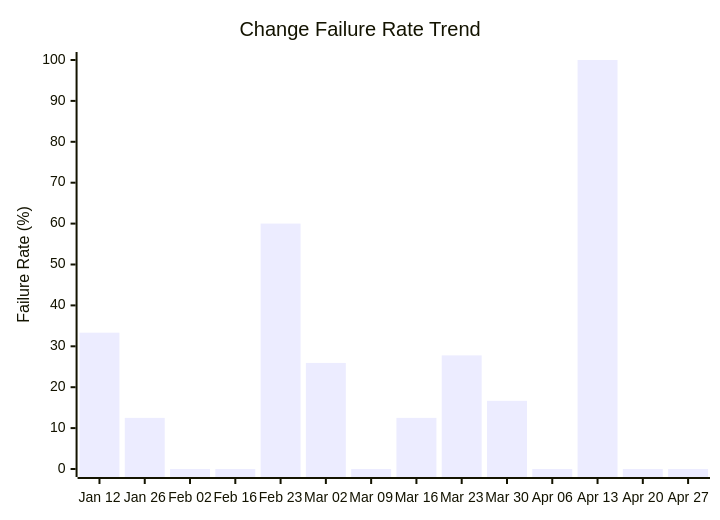
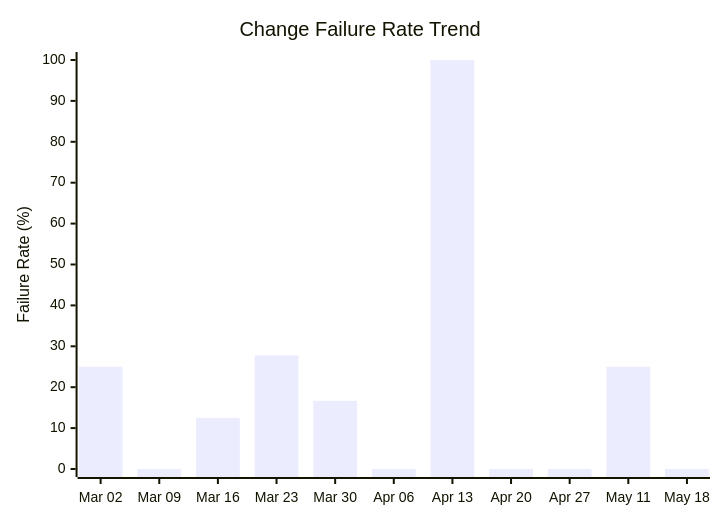
The fourth of 4 diagrams in docs/ci-cd/dora-summary.md (ukma-cs-ssdm-2025/rate-ukma), drawn with Mermaid before and after one commit. The commit also changed other lines of this file, not shown here.

````diff
--- a/docs/ci-cd/dora-summary.md
+++ b/docs/ci-cd/dora-summary.md
@@ -68,7 +70,7 @@
 ```mermaid
 xychart-beta
     title "Change Failure Rate Trend"
-    x-axis ["Jan 12", "Jan 26", "Feb 02", "Feb 16", "Feb 23", "Mar 02", "Mar 09", "Mar 16", "Mar 23", "Mar 30", "Apr 06", "Apr 13", "Apr 20", "Apr 27"]
+    x-axis ["Mar 02", "Mar 09", "Mar 16", "Mar 23", "Mar 30", "Apr 06", "Apr 13", "Apr 20", "Apr 27", "May 11", "May 18"]
     y-axis "Failure Rate (%)" 0 --> 100
-    bar [33.33, 12.50, 0.00, 0.00, 60.00, 25.93, 0.00, 12.50, 27.78, 16.67, 0.00, 100.00, 0.00, 0.00]
+    bar [25.00, 0.00, 12.50, 27.78, 16.67, 0.00, 100.00, 0.00, 0.00, 25.00, 0.00]
 ```
````
